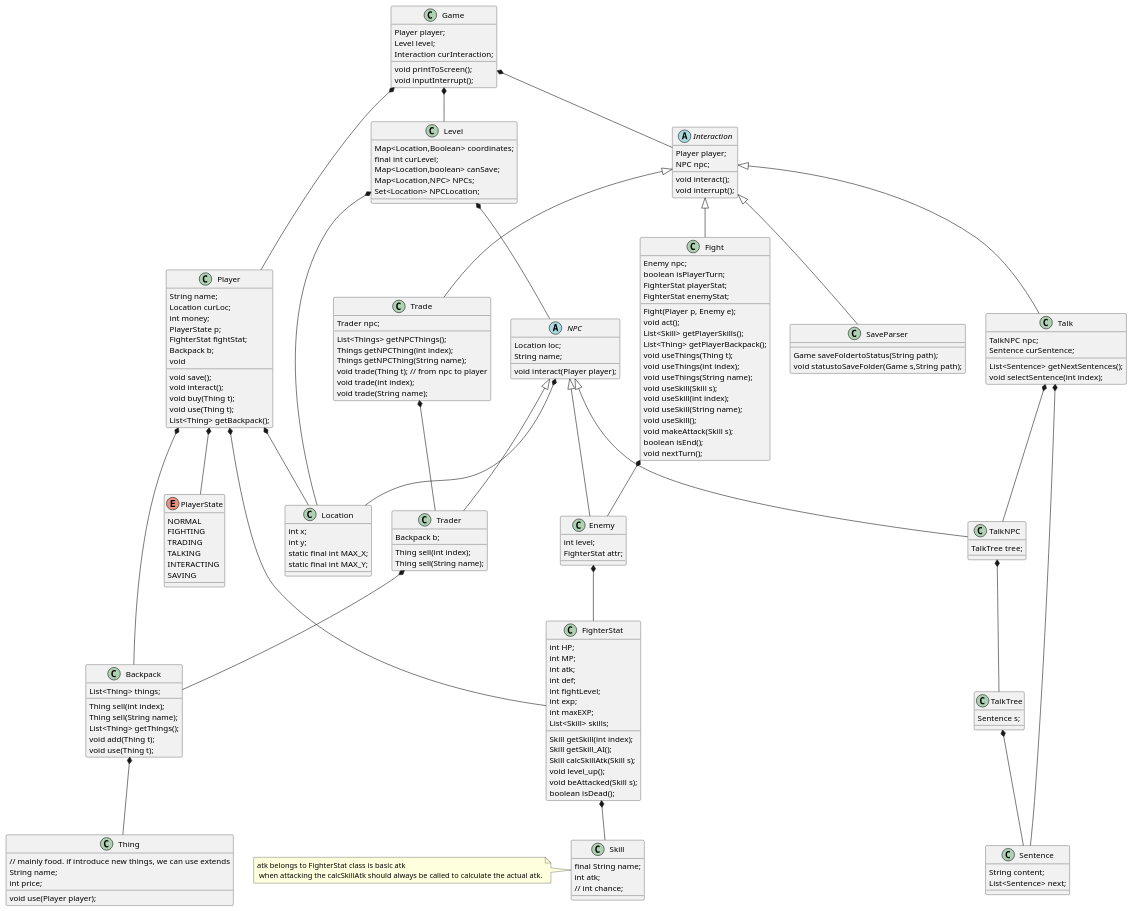
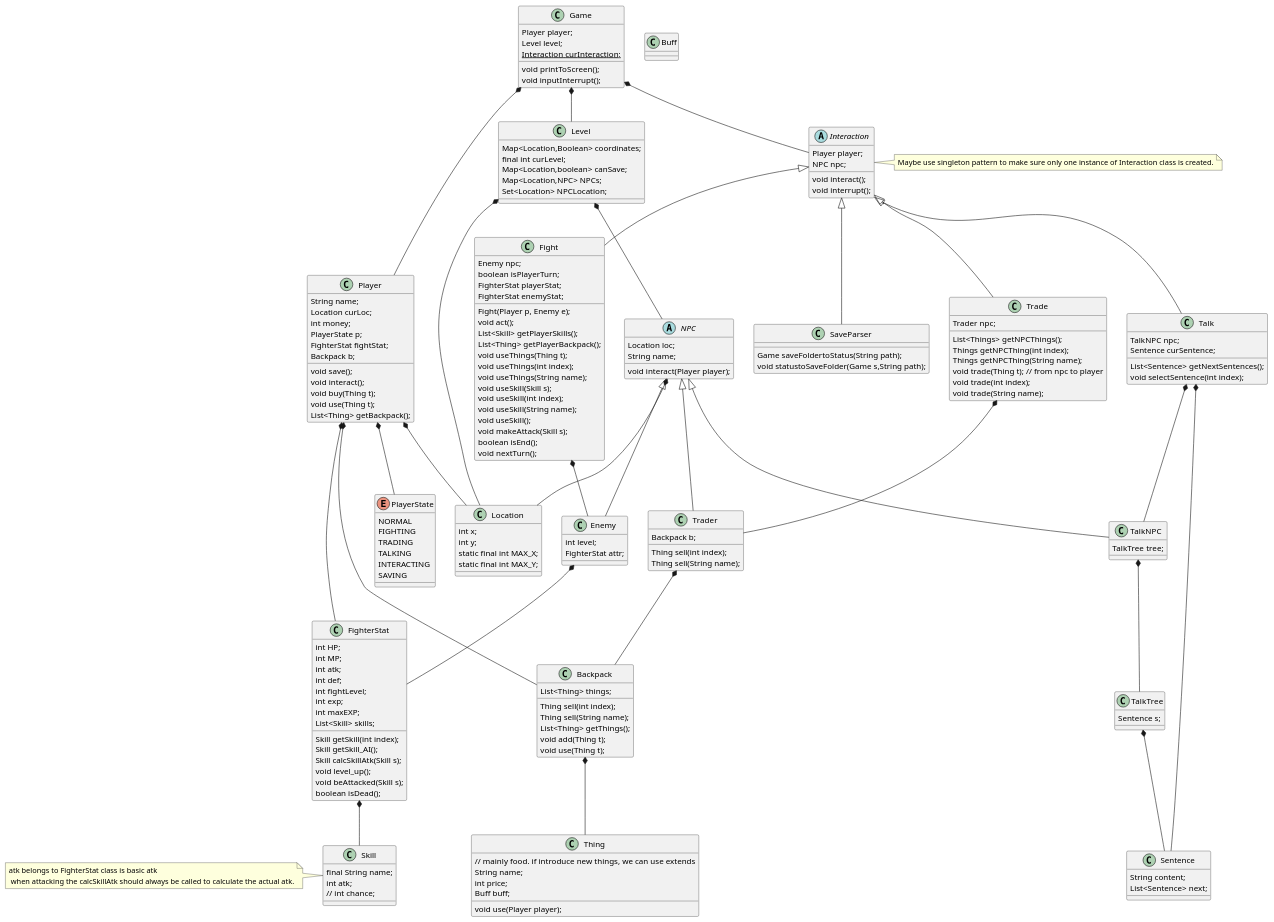
One commit to Lutra-Fs/TRPGeneration changed the diagram in docs/class-diagram.puml. Above: the diagram before and after it, drawn with PlantUML.

Commit message:
docs(uml): add notes on interaction class; remove repeated declaration

```diff
--- a/docs/class-diagram.puml
+++ b/docs/class-diagram.puml
@@ -1,22 +1,9 @@
 @startuml
-
-class Game
-class Level
-class Player
-class NPC
-class Enemy
-class Fight
-class Trader
-class Trade
-class TalkNPC
-class SaveParser
-class FighterStat
-class Talk
 
 class Game{
     Player player;
     Level level;
-    Interaction curInteraction;
+    {static} Interaction curInteraction;
     void printToScreen();
     void inputInterrupt();
 }
@@ -37,7 +24,7 @@
     void buy(Thing t);
     void use(Thing t);
     List<Thing> getBackpack();
-    void
+
 }
 
 Player *-- Location
@@ -140,8 +127,11 @@
     // mainly food. if introduce new things, we can use extends
     String name;
     int price;
+    Buff buff;
     void use(Player player);
 }
+
+class Buff
 
 class TalkNPC{
     TalkTree tree;
@@ -154,6 +144,9 @@
     void interact();
     void interrupt();
 }
+
+note right: Maybe use singleton pattern to make sure only one instance of Interaction class is created.
+
 Interaction <|-- Fight
 Interaction <|-- Trade
 Interaction <|-- Talk
```
